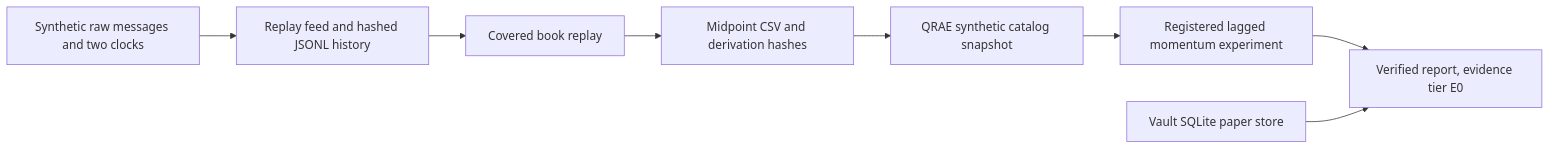
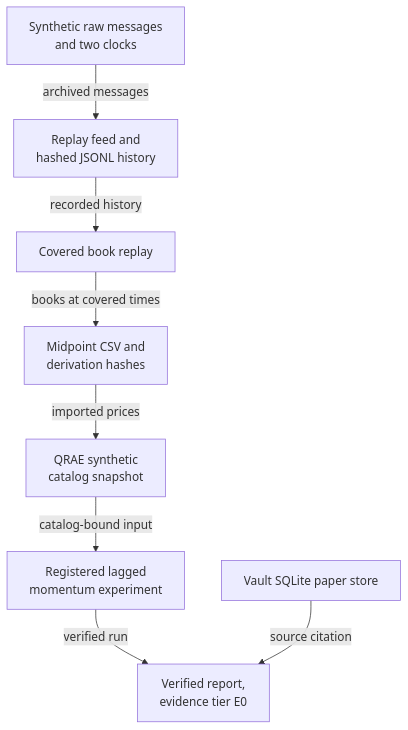
The diagram in apps/quantos/README.md (oscar-chw/agentic-quant-research), drawn with Mermaid before and after one commit. The commit also changed 9 other files, not shown here.

Commit message:
docs: make diagrams legible at README width

````diff
--- a/apps/quantos/README.md
+++ b/apps/quantos/README.md
@@ -9,10 +9,10 @@
 ```mermaid
-flowchart LR
-    A[Synthetic raw messages and two clocks] --> B[Replay feed and hashed JSONL history]
-    B --> C[Covered book replay]
-    C --> D[Midpoint CSV and derivation hashes]
-    D --> E[QRAE synthetic catalog snapshot]
-    E --> F[Registered lagged momentum experiment]
-    F --> G[Verified report, evidence tier E0]
-    H[Vault SQLite paper store] --> G
+flowchart TB
+    A[Synthetic raw messages<br/>and two clocks] -->|archived messages| B[Replay feed and<br/>hashed JSONL history]
+    B -->|recorded history| C[Covered book replay]
+    C -->|books at covered times| D[Midpoint CSV and<br/>derivation hashes]
+    D -->|imported prices| E[QRAE synthetic<br/>catalog snapshot]
+    E -->|catalog-bound input| F[Registered lagged<br/>momentum experiment]
+    F -->|verified run| G[Verified report,<br/>evidence tier E0]
+    H[Vault SQLite paper store] -->|source citation| G
 ```
````
